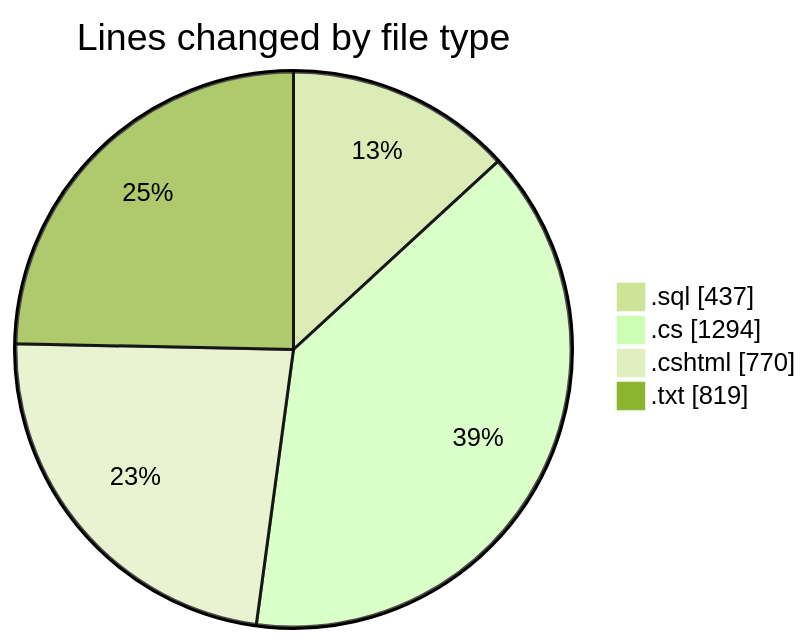
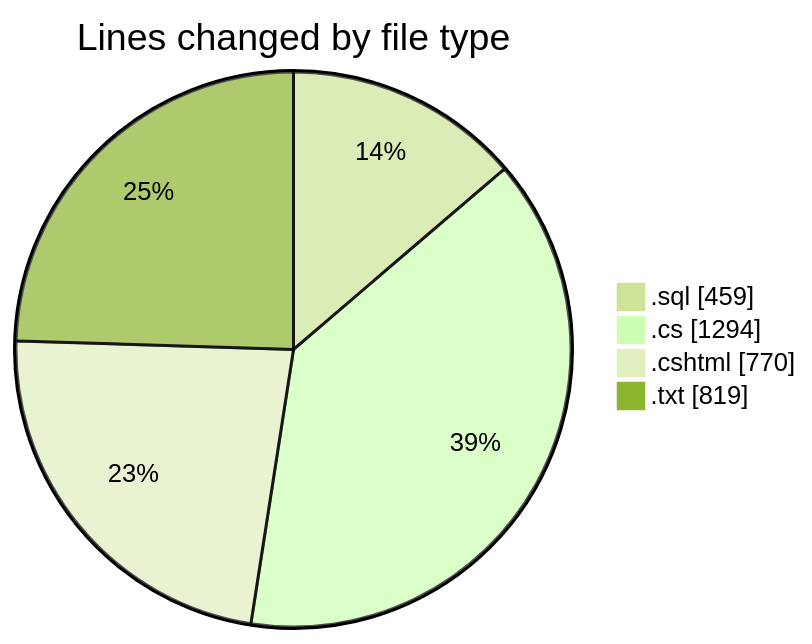
Before and after one commit to lephambinh05/code-tracking: the first of 2 diagrams in 2025-07-23/quanlyrapchieuphim/README.md, drawn with Mermaid (forest theme). The commit also changed other lines of this file and 1 other file, not shown here.

````diff
--- a/2025-07-23/quanlyrapchieuphim/README.md
+++ b/2025-07-23/quanlyrapchieuphim/README.md
@@ -27,8 +27,8 @@
 ```mermaid
 pie showData
 title Lines changed by file type
-".sql" : 437
+".sql" : 459
 ".cs" : 1294
 ".cshtml" : 770
 ".txt" : 819
 ```
````
